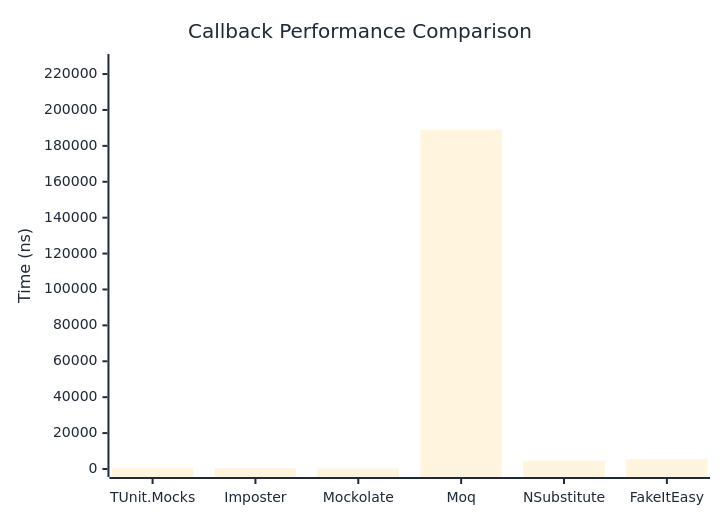
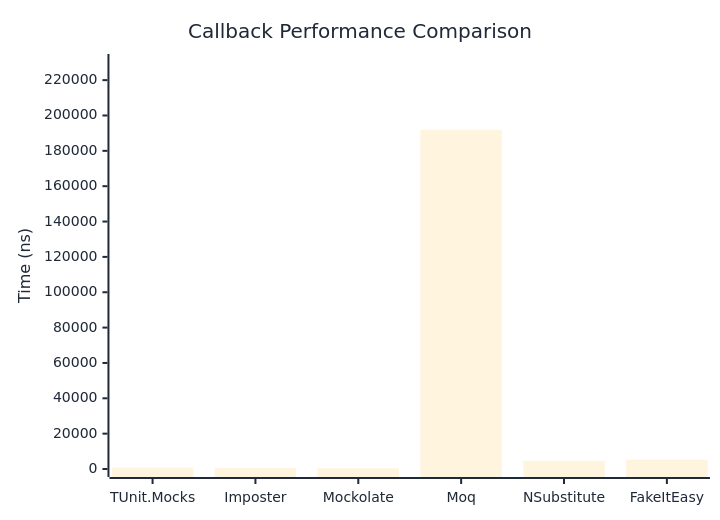
Before and after one commit to thomhurst/TUnit: the first of 2 diagrams in docs/docs/benchmarks/mocks/Callback.md, drawn with Mermaid. The commit also changed other lines of this file and 14 other files, not shown here.

````diff
--- a/docs/docs/benchmarks/mocks/Callback.md
+++ b/docs/docs/benchmarks/mocks/Callback.md
@@ -30,27 +30,27 @@
 ```mermaid
 %%{init: {
   'theme':'base',
   'themeVariables': {
     'primaryColor': '#2563eb',
     'primaryTextColor': '#1f2937',
     'primaryBorderColor': '#1e40af',
     'lineColor': '#6b7280',
     'secondaryColor': '#7c3aed',
     'tertiaryColor': '#dc2626',
     'background': '#ffffff',
     'pie1': '#2563eb',
     'pie2': '#7c3aed',
     'pie3': '#dc2626',
     'pie4': '#f59e0b',
     'pie5': '#10b981',
     'pie6': '#06b6d4',
     'pie7': '#ec4899',
     'pie8': '#6366f1'
   }
 }}%%
 xychart-beta
   title "Callback Performance Comparison"
   x-axis ["TUnit.Mocks", "Imposter", "Mockolate", "Moq", "NSubstitute", "FakeItEasy"]
-  y-axis "Time (ns)" 0 --> 226711
-  bar [703.4, 524.9, 369.7, 188925.4, 4645.7, 5510.5]
+  y-axis "Time (ns)" 0 --> 230262
+  bar [780.3, 553.7, 358.1, 191884.2, 4665, 5257.2]
 ```
````
